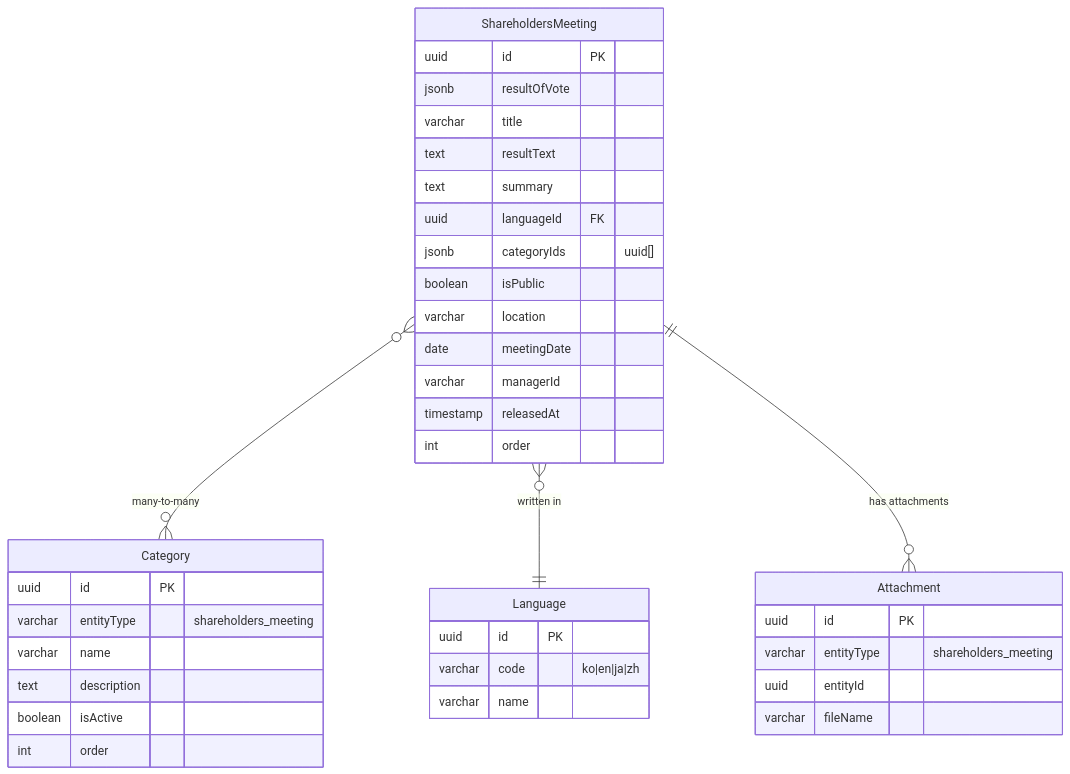
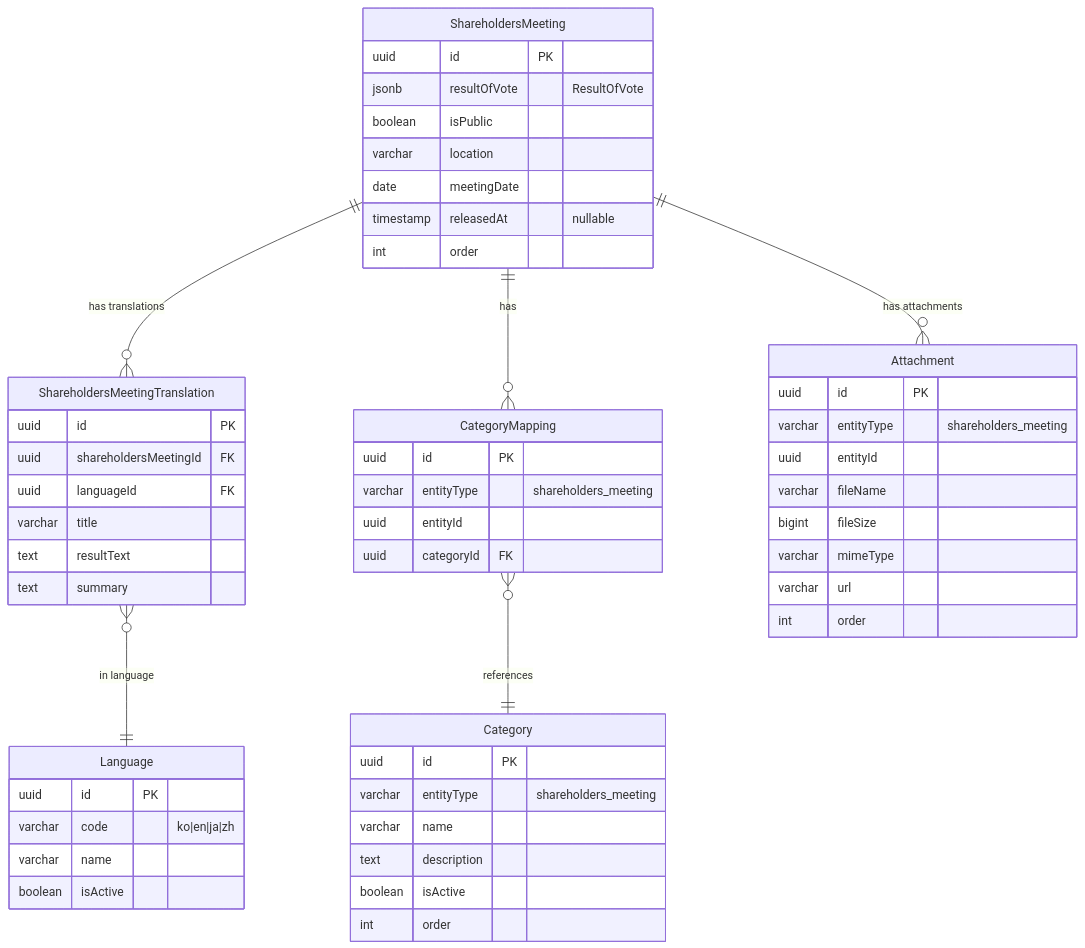
Before and after one commit to GTD-web/Back_ContentsManagementSystem: the third of 7 diagrams in docs/er-diagram.md, drawn with Mermaid. The commit also changed other lines of this file and 1 other file, not shown here.

````diff
--- a/docs/er-diagram.md
+++ b/docs/er-diagram.md
@@ -417,44 +536,61 @@
 ```mermaid
 erDiagram
     ShareholdersMeeting {
         uuid id PK
-        jsonb resultOfVote
+        jsonb resultOfVote "ResultOfVote"
+        boolean isPublic
+        varchar location
+        date meetingDate
+        timestamp releasedAt "nullable"
+        int order
+    }
+    
+    ShareholdersMeetingTranslation {
+        uuid id PK
+        uuid shareholdersMeetingId FK
+        uuid languageId FK
         varchar title
         text resultText
         text summary
-        uuid languageId FK
-        jsonb categoryIds "uuid[]"
-        boolean isPublic
-        varchar location
-        date meetingDate
-        varchar managerId
-        timestamp releasedAt
-        int order
+    }
+    
+    CategoryMapping {
+        uuid id PK
+        varchar entityType "shareholders_meeting"
+        uuid entityId
+        uuid categoryId FK
     }
     
     Category {
         uuid id PK
         varchar entityType "shareholders_meeting"
         varchar name
         text description
         boolean isActive
         int order
     }
     
     Language {
         uuid id PK
         varchar code "ko|en|ja|zh"
         varchar name
+        boolean isActive
     }
     
     Attachment {
         uuid id PK
         varchar entityType "shareholders_meeting"
         uuid entityId
         varchar fileName
+        bigint fileSize
+        varchar mimeType
+        varchar url
+        int order
     }
     
-    ShareholdersMeeting }o--o{ Category : "many-to-many"
-    ShareholdersMeeting }o--|| Language : "written in"
+    ShareholdersMeeting ||--o{ ShareholdersMeetingTranslation : "has translations"
+    ShareholdersMeetingTranslation }o--|| Language : "in language"
+    ShareholdersMeeting ||--o{ CategoryMapping : "has"
+    CategoryMapping }o--|| Category : "references"
     ShareholdersMeeting ||--o{ Attachment : "has attachments"
 ```
````
